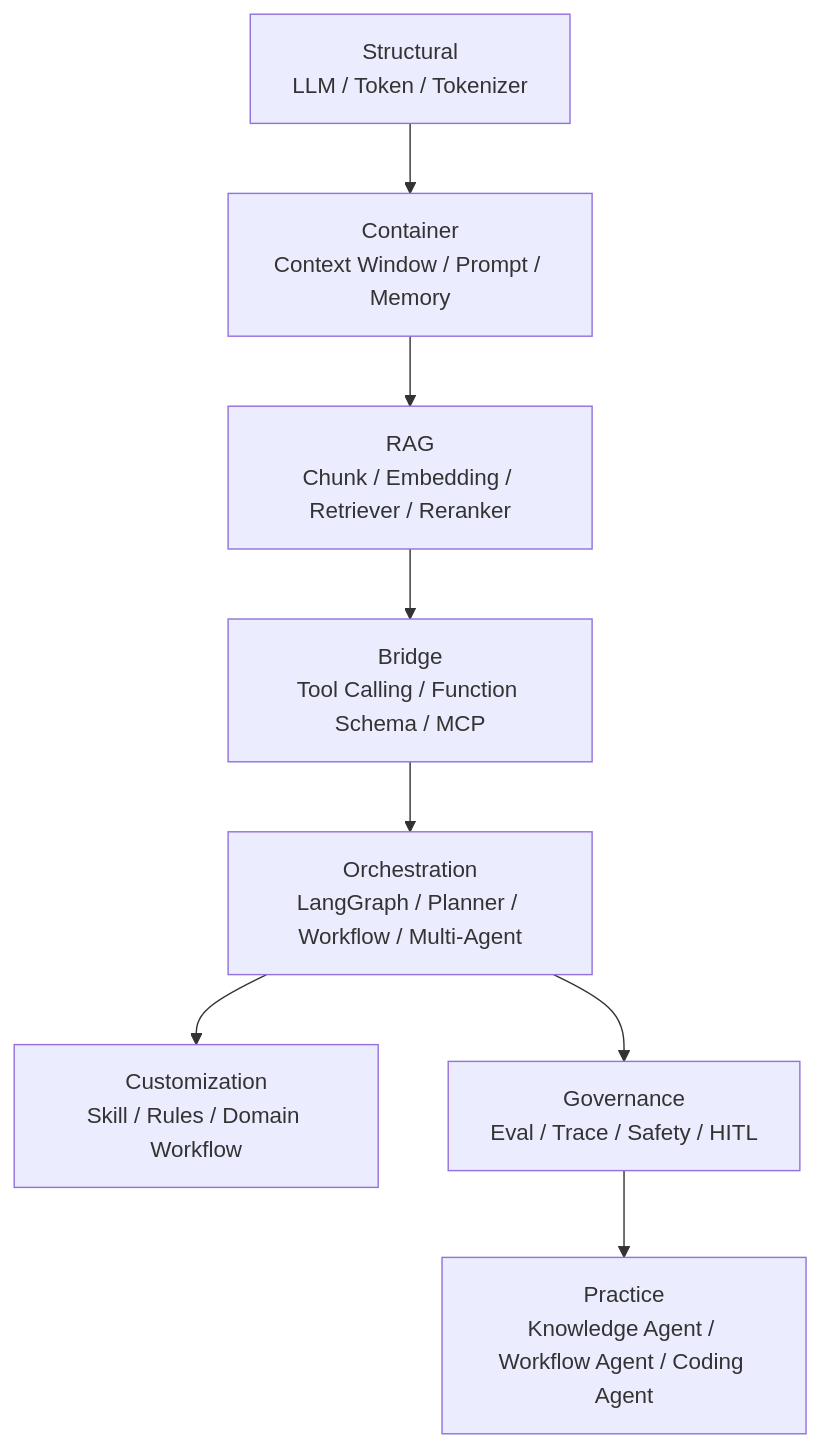
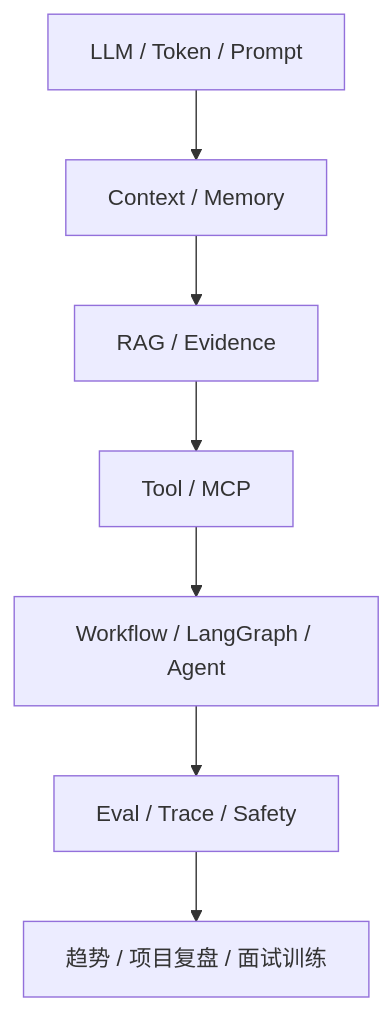
The diagram in docs/AI Agent面试实践/index.md (Yiang-Puak/study), drawn with Mermaid before and after one commit. The commit also changed other lines of this file and 61 other files, not shown here.

````diff
--- a/docs/AI Agent面试实践/index.md
+++ b/docs/AI Agent面试实践/index.md
@@ -93,10 +42,9 @@
 ```mermaid
 graph TD
-    A[Structural<br/>LLM / Token / Tokenizer] --> B[Container<br/>Context Window / Prompt / Memory]
-    B --> C[RAG<br/>Chunk / Embedding / Retriever / Reranker]
-    C --> D[Bridge<br/>Tool Calling / Function Schema / MCP]
-    D --> E[Orchestration<br/>LangGraph / Planner / Workflow / Multi-Agent]
-    E --> F[Customization<br/>Skill / Rules / Domain Workflow]
-    E --> G[Governance<br/>Eval / Trace / Safety / HITL]
-    G --> H[Practice<br/>Knowledge Agent / Workflow Agent / Coding Agent]
+    A[LLM / Token / Prompt] --> B[Context / Memory]
+    B --> C[RAG / Evidence]
+    C --> D[Tool / MCP]
+    D --> E[Workflow / LangGraph / Agent]
+    E --> F[Eval / Trace / Safety]
+    F --> G[趋势 / 项目复盘 / 面试训练]
 ```
````
